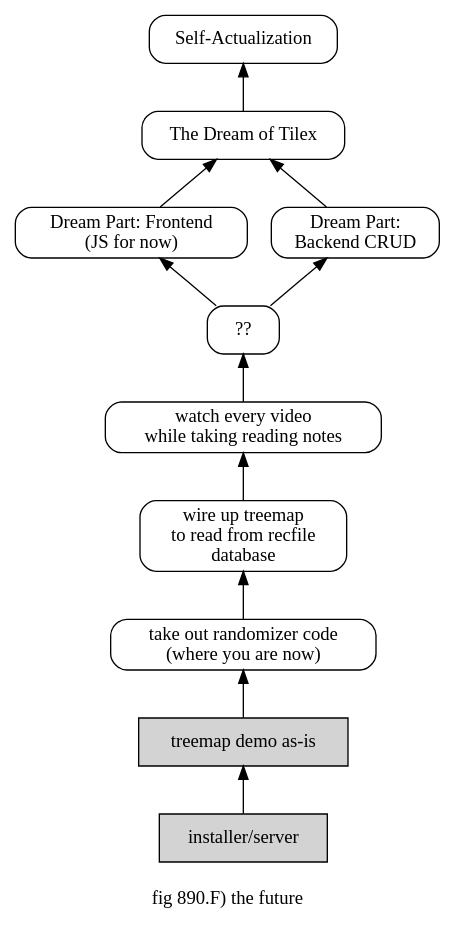
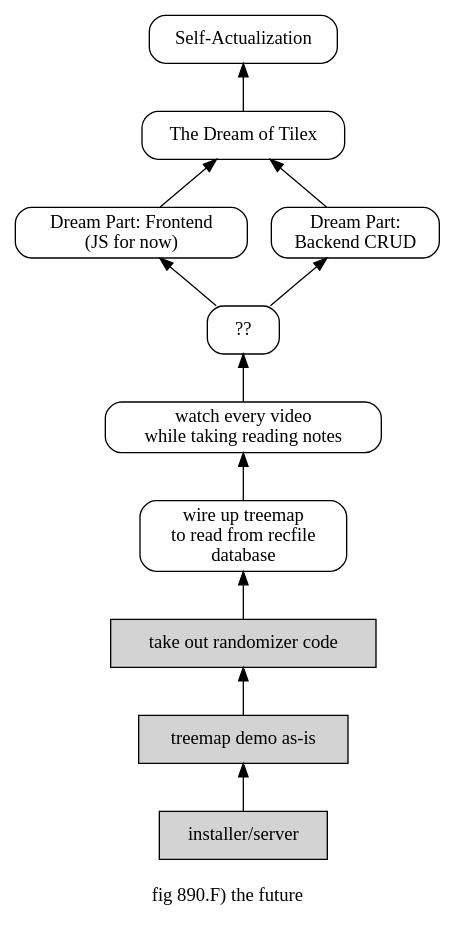
One commit to hipe/tmx changed the diagram in tilex-doc/890.F.roadmap.dot. Above: the diagram before and after it, drawn with Graphviz. The commit also changed 4 other files, not shown here.

First line of the commit message:
snapshot(tilex): Take out RNG code and add dummy data

```diff
--- a/tilex-doc/890.F.roadmap.dot
+++ b/tilex-doc/890.F.roadmap.dot
@@ -1,37 +1,37 @@
 digraph g {
 label="\nfig 890.F) the future"
 node[shape=rect style=rounded]
 rankdir=BT;  /* from bottom to top (vertical) */
 item_final[label="Self-Actualization"]
 item_goal->item_final
 
 item_goal[label="The Dream of Tilex"]
 item_dream_part_frontend->item_goal
 item_dream_part_backend->item_goal
 
 item_dream_part_frontend[label="Dream Part: Frontend\n(JS for now)"]
 item_question_mark->item_dream_part_frontend
 
 item_dream_part_backend[label="Dream Part:\nBackend CRUD"]
 item_question_mark->item_dream_part_backend
 
 item_question_mark[label="??"]
 item_videos->item_question_mark
 
 item_videos[label="watch every video\nwhile taking reading notes"]
 item_crazy->item_videos  /* forward-declare #here1 to keep it out of group */
 
 item_crazy[label="wire up treemap\nto read from recfile\ndatabase"]
 item_proof_of_concept->item_crazy
 
-item_proof_of_concept[label="take out randomizer code\n(where you are now)"]
+item_proof_of_concept[label="take out randomizer code" style=filled]
 item_demo->item_proof_of_concept
 
 item_demo[label="treemap demo as-is" style=filled]
 item_installer->item_demo
 
 item_installer[label="installer/server" style=filled]
 }
 /*
 # #born
 */
```
